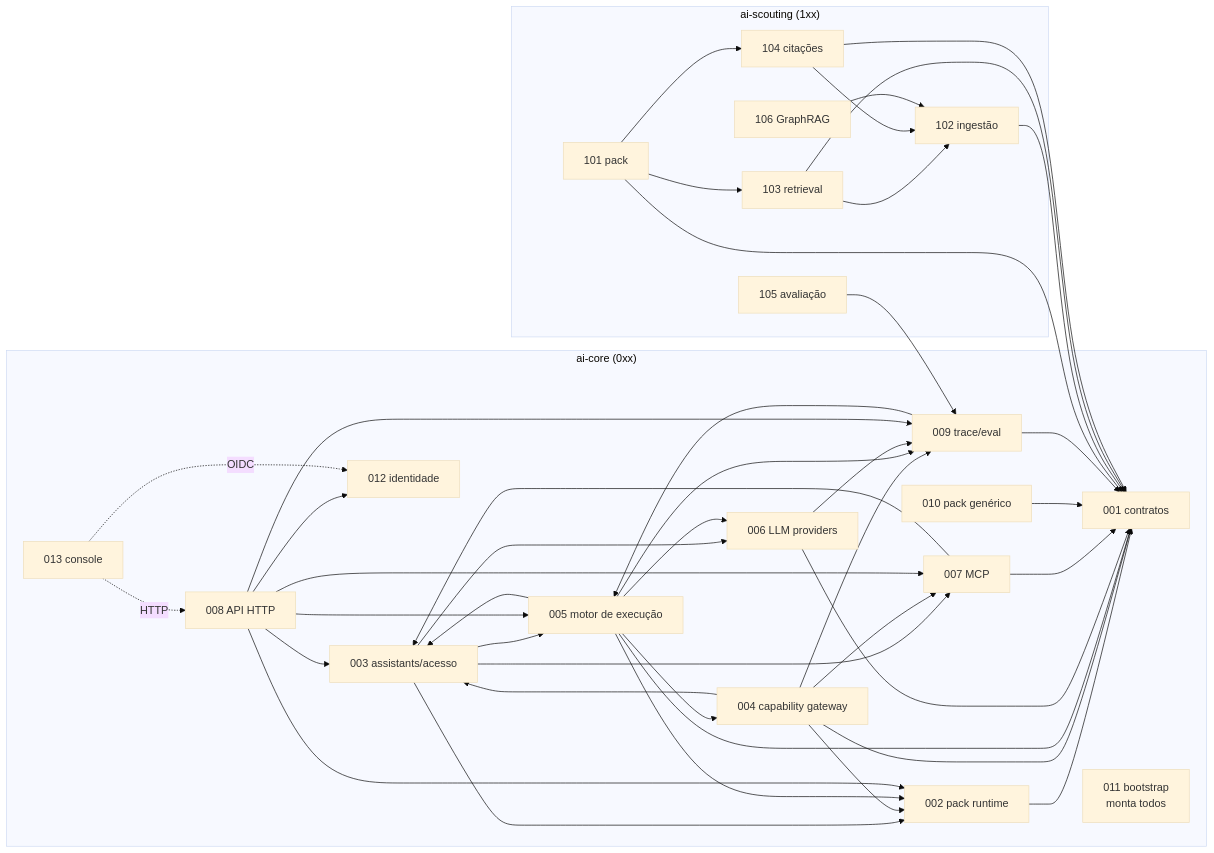
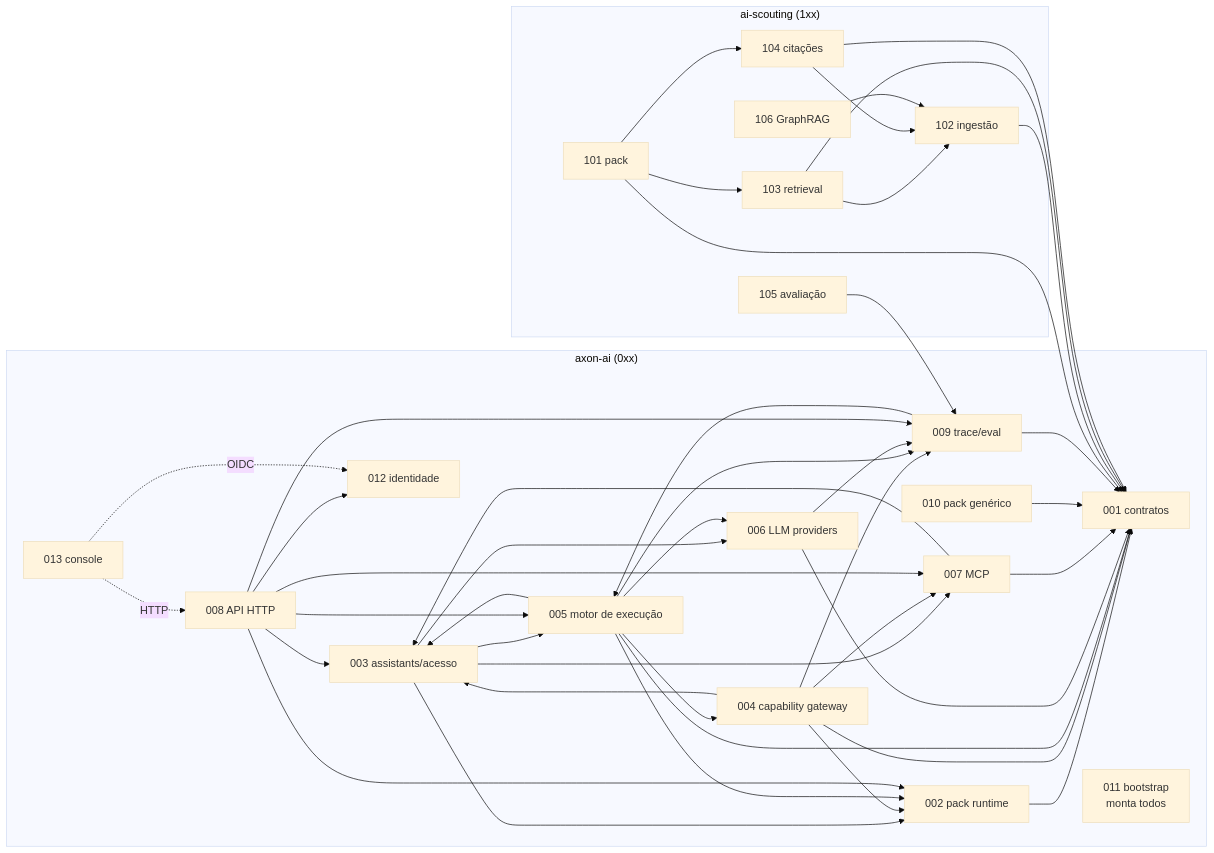
Before and after one commit to CaioFerreiraB/axon: the fourth of 4 diagrams in specs/README.md, drawn with Mermaid (base theme). The commit also changed other lines of this file and 1314 other files, not shown here.

````diff
--- a/specs/README.md
+++ b/specs/README.md
@@ -244,69 +244,69 @@
 ```mermaid
 flowchart LR
-    subgraph CORE["ai-core (0xx)"]
+    subgraph CORE["axon-ai (0xx)"]
         C001[001 contratos]
         C002[002 pack runtime]
         C003[003 assistants/acesso]
         C004[004 capability gateway]
         C005[005 motor de execução]
         C006[006 LLM providers]
         C007[007 MCP]
         C008[008 API HTTP]
         C009[009 trace/eval]
         C010[010 pack genérico]
         C011[011 bootstrap<br/>monta todos]
         C012[012 identidade]
         C013[013 console]
     end
     subgraph SCT["ai-scouting (1xx)"]
         S101[101 pack]
         S102[102 ingestão]
         S103[103 retrieval]
         S104[104 citações]
         S105[105 avaliação]
         S106[106 GraphRAG]
     end
 
     C002 --> C001
     C004 --> C001
     C005 --> C001
     C006 --> C001
     C007 --> C001
     C010 --> C001
     C003 --> C002
     C003 --> C005
     C003 --> C006
     C003 --> C007
     C004 --> C002
     C004 --> C003
     C004 --> C007
     C004 --> C009
     C005 --> C002
     C005 --> C003
     C005 --> C004
     C005 --> C006
     C005 --> C009
     C006 --> C009
     C007 --> C003
     C008 --> C003
     C008 --> C005
     C008 --> C002
     C008 --> C007
     C008 --> C009
     C009 --> C001
     C009 --> C005
     C008 --> C012
     C013 -.HTTP.-> C008
     C013 -.OIDC.-> C012
 
     S101 --> C001
     S102 --> C001
     S103 --> C001
     S104 --> C001
     S101 --> S103
     S101 --> S104
     S103 --> S102
     S104 --> S102
     S106 --> S102
     S105 --> C009
 ```
````
